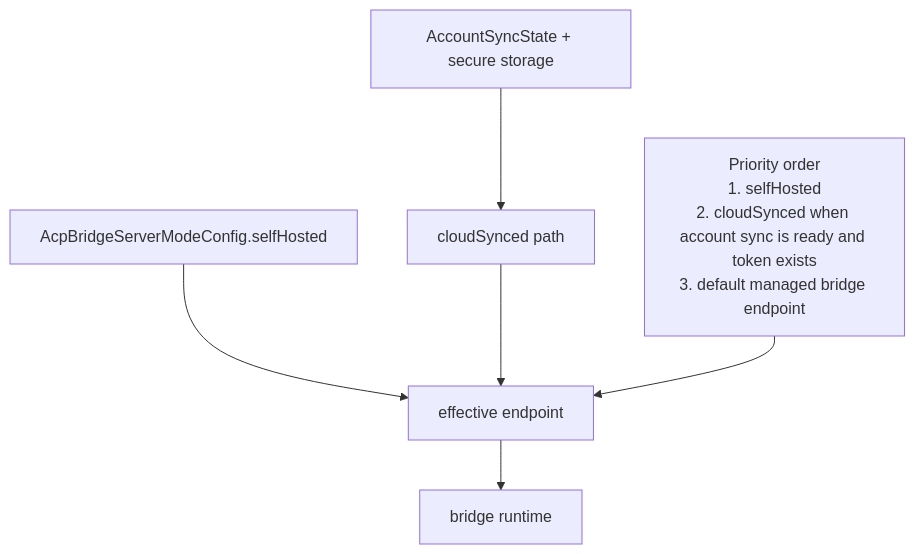
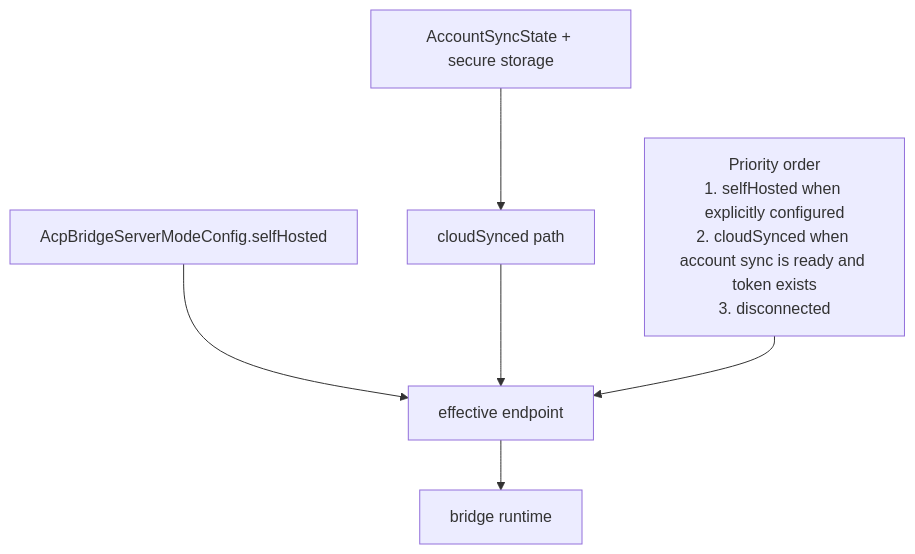
One commit to ai-workspace-lab/xworkmate-app changed the fourth of 4 diagrams in docs/architecture/account-sync-settings-bridge-state-model.md. Above: the diagram before and after it, drawn with Mermaid. The commit also changed other lines of this file and 19 other files, not shown here.

````diff
--- a/docs/architecture/account-sync-settings-bridge-state-model.md
+++ b/docs/architecture/account-sync-settings-bridge-state-model.md
@@ -79,9 +96,9 @@
 ```mermaid
 flowchart TD
     A["AcpBridgeServerModeConfig.selfHosted"] --> C["effective endpoint"]
     B["AccountSyncState + secure storage"] --> D["cloudSynced path"]
     D --> C
     C --> E["bridge runtime"]
 
-    note1["Priority order\n1. selfHosted\n2. cloudSynced when account sync is ready and token exists\n3. default managed bridge endpoint"] --> C
+    note1["Priority order\n1. selfHosted when explicitly configured\n2. cloudSynced when account sync is ready and token exists\n3. disconnected"] --> C
 ```
````
